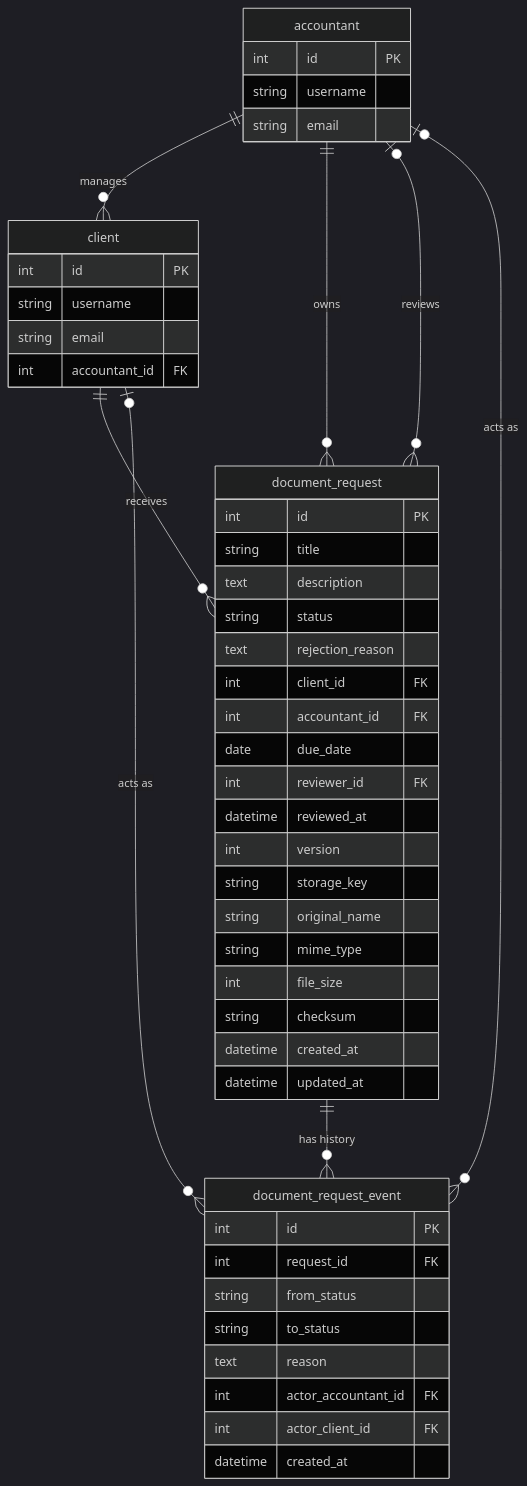
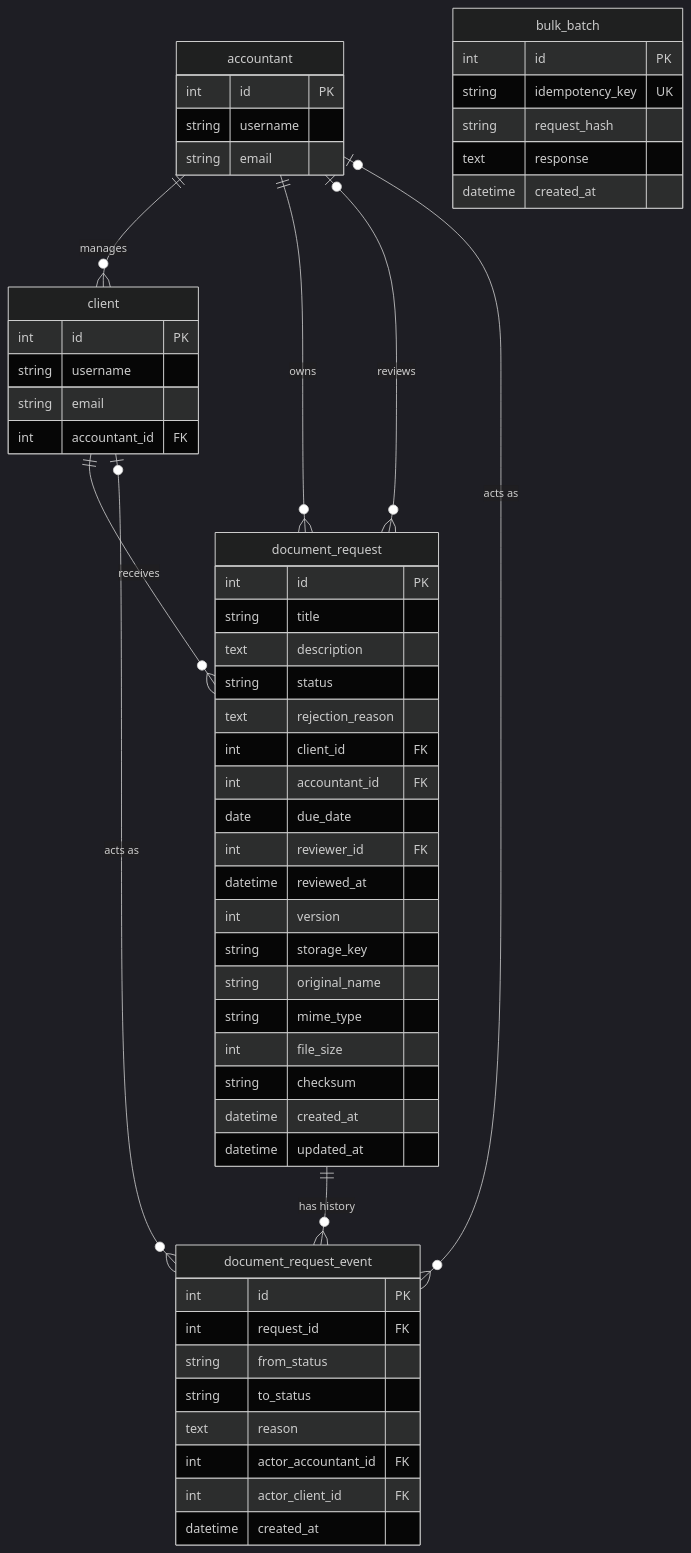
Before and after one commit to karim029/request_document_feature_poc: the diagram in docs/DESIGN.MD, drawn with Mermaid (dark theme). The commit also changed other lines of this file, not shown here.

Commit message:
docs: add idempotency key and open/overdue assumptions

````diff
--- a/docs/DESIGN.MD
+++ b/docs/DESIGN.MD
@@ -16,52 +16,59 @@
 ```mermaid
 erDiagram
     accountant ||--o{ client : "manages"
     client ||--o{ document_request : "receives"
     accountant ||--o{ document_request : "owns"
     accountant |o--o{ document_request : "reviews"
     document_request ||--o{ document_request_event : "has history"
     accountant |o--o{ document_request_event : "acts as"
     client |o--o{ document_request_event : "acts as"
 
     accountant {
         int id PK
         string username
         string email
     }
     client {
         int id PK
         string username
         string email
         int accountant_id FK
     }
     document_request {
         int id PK
         string title
         text description
         string status
         text rejection_reason
         int client_id FK
         int accountant_id FK
         date due_date
         int reviewer_id FK
         datetime reviewed_at
         int version
         string storage_key
         string original_name
         string mime_type
         int file_size
         string checksum
         datetime created_at
         datetime updated_at
     }
     document_request_event {
         int id PK
         int request_id FK
         string from_status
         string to_status
         text reason
         int actor_accountant_id FK
         int actor_client_id FK
         datetime created_at
     }
+        bulk_batch {
+        int id PK
+        string idempotency_key UK
+        string request_hash
+        text response
+        datetime created_at
+    }
 ```
````
